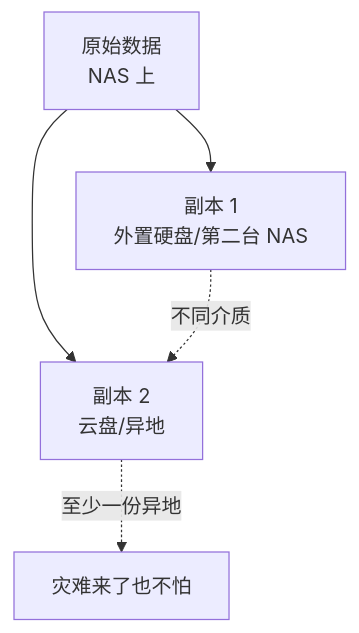
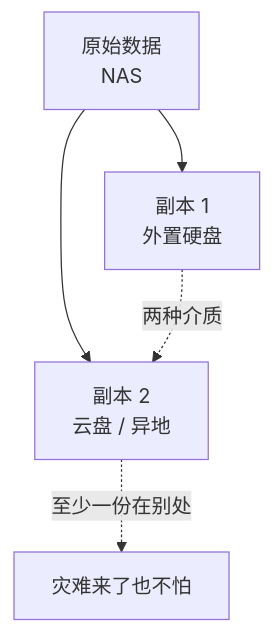
The diagram in docs/05-存储与数据保护/5.4-备份3-2-1原则.md (cv-superding/nas-guide), drawn with Mermaid before and after one commit. The commit also changed other lines of this file and 1 other file, not shown here.

````diff
--- a/docs/05-存储与数据保护/5.4-备份3-2-1原则.md
+++ b/docs/05-存储与数据保护/5.4-备份3-2-1原则.md
@@ -18,7 +17,7 @@
 ```mermaid
 flowchart TB
-    A[原始数据<br/>NAS 上] --> B[副本 1<br/>外置硬盘/第二台 NAS]
-    A --> C[副本 2<br/>云盘/异地]
-    B -.不同介质.-> C
-    C -.至少一份异地.-> D[灾难来了也不怕]
+    A[原始数据<br/>NAS] --> B[副本 1<br/>外置硬盘]
+    A --> C[副本 2<br/>云盘 / 异地]
+    B -.两种介质.-> C
+    C -.至少一份在别处.-> D[灾难来了也不怕]
 ```
````
